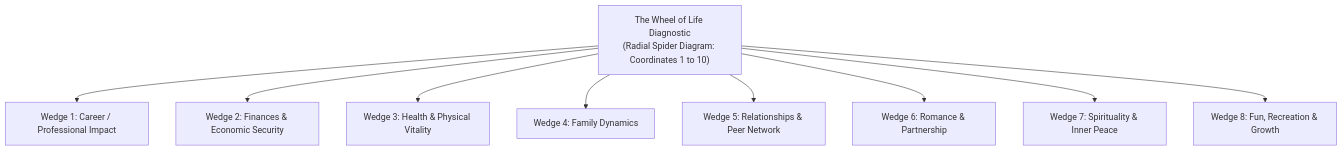
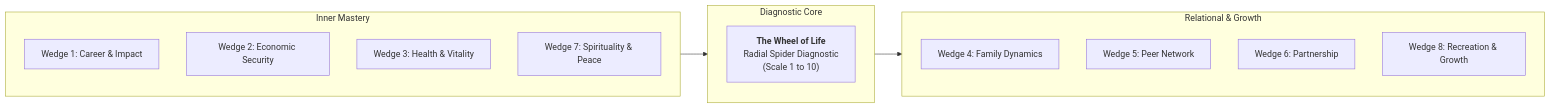
The diagram in content/concepts/wheel-of-life.md (egxl/MBA), drawn with Mermaid before and after one commit. The commit also changed 317 other files, not shown here.

````diff
--- a/content/concepts/wheel-of-life.md
+++ b/content/concepts/wheel-of-life.md
@@ -23,12 +23,25 @@
 ```mermaid
-graph TD
-    Wheel["The Wheel of Life Diagnostic<br/>(Radial Spider Diagram: Coordinates 1 to 10)"]
-    Wheel --> D1["Wedge 1: Career / Professional Impact"]
-    Wheel --> D2["Wedge 2: Finances & Economic Security"]
-    Wheel --> D3["Wedge 3: Health & Physical Vitality"]
-    Wheel --> D4["Wedge 4: Family Dynamics"]
-    Wheel --> D5["Wedge 5: Relationships & Peer Network"]
-    Wheel --> D6["Wedge 6: Romance & Partnership"]
-    Wheel --> D7["Wedge 7: Spirituality & Inner Peace"]
-    Wheel --> D8["Wedge 8: Fun, Recreation & Growth"]
+flowchart LR
+    subgraph Inner ["Inner Mastery"]
+        direction TB
+        D1["Wedge 1: Career & Impact"]
+        D2["Wedge 2: Economic Security"]
+        D3["Wedge 3: Health & Vitality"]
+        D7["Wedge 7: Spirituality & Peace"]
+    end
+
+    subgraph Core ["Diagnostic Core"]
+        direction TB
+        Wheel["<b>The Wheel of Life</b><br/>Radial Spider Diagnostic<br/>(Scale 1 to 10)"]
+    end
+
+    subgraph Outer ["Relational & Growth"]
+        direction TB
+        D4["Wedge 4: Family Dynamics"]
+        D5["Wedge 5: Peer Network"]
+        D6["Wedge 6: Partnership"]
+        D8["Wedge 8: Recreation & Growth"]
+    end
+
+    Inner --> Core --> Outer
 ```
````
